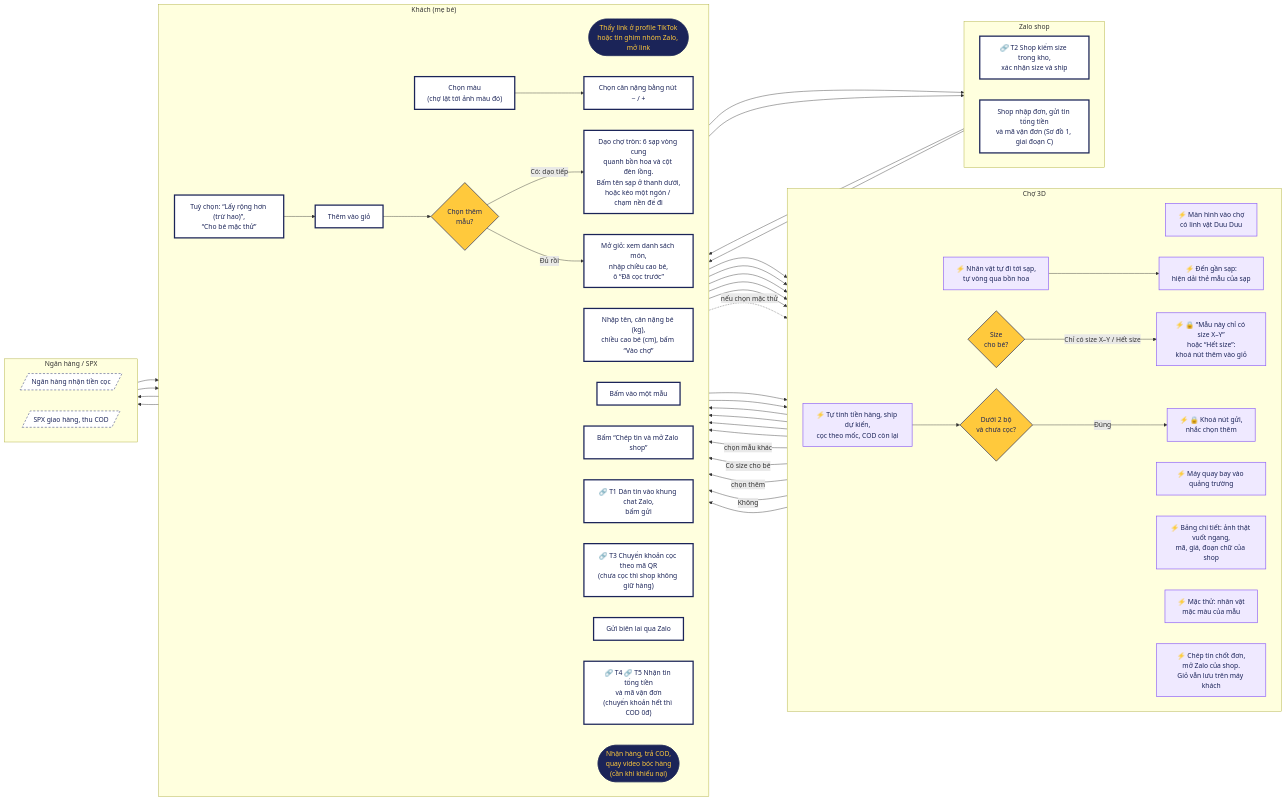
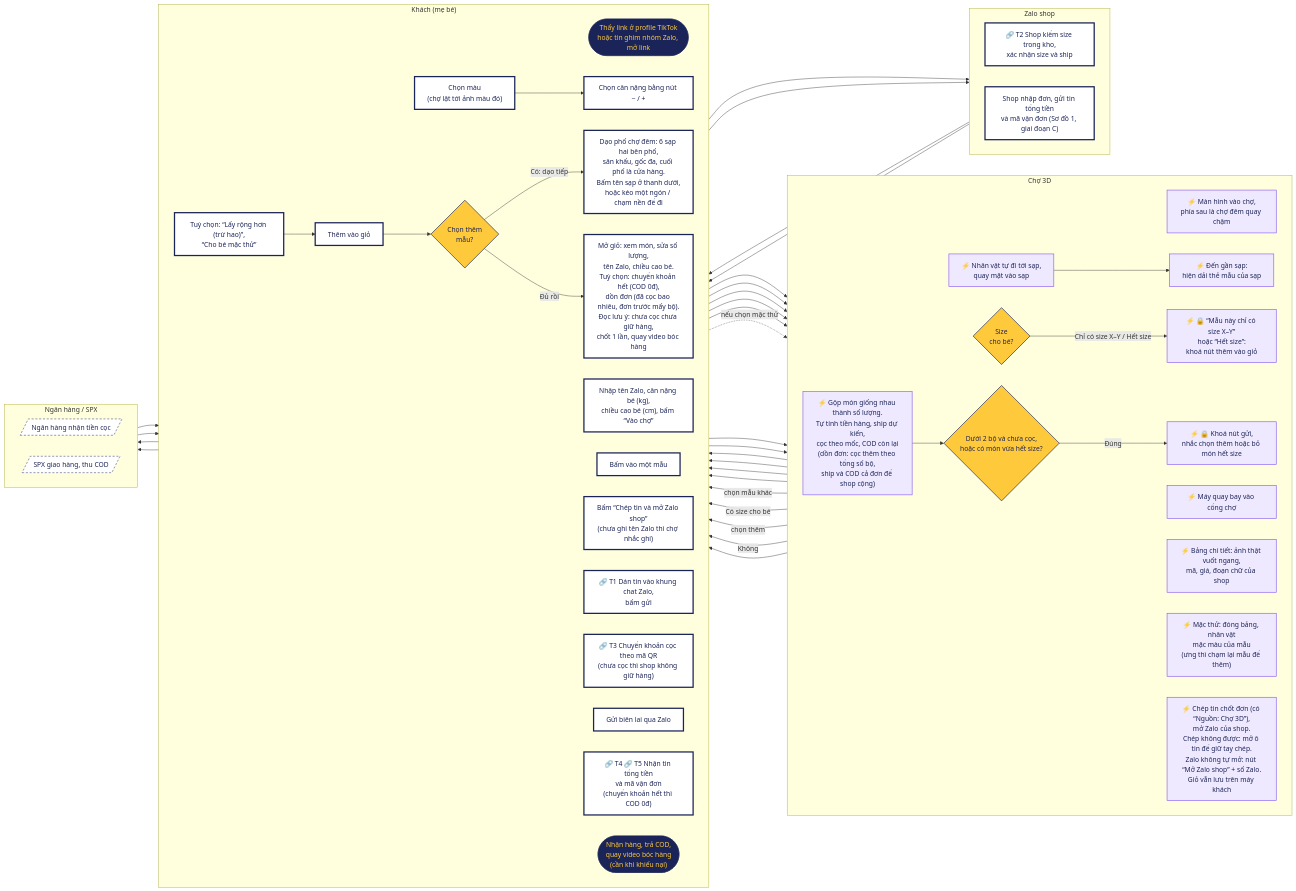
One commit to vquangtran/3d-duu-duu changed the diagram in docs/quy-trinh/so-do-2-khach-cho-3d.mmd. Above: the diagram before and after it, drawn with Mermaid. The commit also changed 9 other files, not shown here.

```diff
--- a/docs/quy-trinh/so-do-2-khach-cho-3d.mmd
+++ b/docs/quy-trinh/so-do-2-khach-cho-3d.mmd
@@ -1,77 +1,77 @@
 flowchart LR
   %% SƠ ĐỒ 2 — KHÁCH MUA TRÊN CHỢ 3D (từ lúc vào chợ đến khi nhận hàng)
   %% Mỗi subgraph là một làn. Đọc từ trái sang phải.
   %% Ký hiệu: viền đậm = khách làm tay · ⚡ = chợ 3D tự làm · 🔒 = nút bị khoá
   %%          hình bình hành = tin/tiền từ bên ngoài · 🔗 T1–T5 = điểm gặp shop (xem Sơ đồ 3)
 
   classDef tay fill:#FFFFFF,stroke:#1B2458,stroke-width:3px,color:#1B2458
   classDef tudong fill:#EFE9FF,stroke:#8B5CF6,stroke-width:1.5px,color:#1B2458
   classDef quyetdinh fill:#FFC93C,stroke:#1B2458,stroke-width:1.5px,color:#1B2458
   classDef ngoai fill:#FFFFFF,stroke:#5A6190,stroke-width:1.5px,stroke-dasharray:5 4,color:#1B2458
   classDef ketthuc fill:#1B2458,stroke:#1B2458,color:#FFC93C
 
   subgraph K["Khách (mẹ bé)"]
     direction LR
     D1(["Thấy link ở profile TikTok<br/>hoặc tin ghim nhóm Zalo, mở link"])
-    D3["Nhập tên, cân nặng bé (kg),<br/>chiều cao bé (cm), bấm “Vào chợ”"]
-    D5["Dạo chợ tròn: 6 sạp vòng cung<br/>quanh bồn hoa và cột đèn lồng.<br/>Bấm tên sạp ở thanh dưới,<br/>hoặc kéo một ngón / chạm nền để đi"]
+    D3["Nhập tên Zalo, cân nặng bé (kg),<br/>chiều cao bé (cm), bấm “Vào chợ”"]
+    D5["Dạo phố chợ đêm: 6 sạp hai bên phố,<br/>sân khấu, gốc đa, cuối phố là cửa hàng.<br/>Bấm tên sạp ở thanh dưới,<br/>hoặc kéo một ngón / chạm nền để đi"]
     D8["Bấm vào một mẫu"]
     D10["Chọn màu<br/>(chợ lật tới ảnh màu đó)"]
     D11["Chọn cân nặng bằng nút − / +"]
     D14["Tuỳ chọn: “Lấy rộng hơn (trừ hao)”,<br/>“Cho bé mặc thử”"]
     D16["Thêm vào giỏ"]
     D17{"Chọn thêm<br/>mẫu?"}
-    D18["Mở giỏ: xem danh sách món,<br/>nhập chiều cao bé,<br/>ô “Đã cọc trước”"]
-    D22["Bấm “Chép tin và mở Zalo shop”"]
+    D18["Mở giỏ: xem món, sửa số lượng,<br/>tên Zalo, chiều cao bé.<br/>Tuỳ chọn: chuyển khoản hết (COD 0đ),<br/>dồn đơn (đã cọc bao nhiêu, đơn trước mấy bộ).<br/>Đọc lưu ý: chưa cọc chưa giữ hàng,<br/>chốt 1 lần, quay video bóc hàng"]
+    D22["Bấm “Chép tin và mở Zalo shop”<br/>(chưa ghi tên Zalo thì chợ nhắc ghi)"]
     D24["🔗 T1 Dán tin vào khung chat Zalo,<br/>bấm gửi"]
     D26["🔗 T3 Chuyển khoản cọc theo mã QR<br/>(chưa cọc thì shop không giữ hàng)"]
     D28["Gửi biên lai qua Zalo"]
     D30["🔗 T4 🔗 T5 Nhận tin tổng tiền<br/>và mã vận đơn<br/>(chuyển khoản hết thì COD 0đ)"]
     D32(["Nhận hàng, trả COD,<br/>quay video bóc hàng<br/>(cần khi khiếu nại)"])
   end
 
   subgraph C["Chợ 3D"]
     direction LR
-    D2["⚡ Màn hình vào chợ<br/>có linh vật Duu Duu"]
-    D4["⚡ Máy quay bay vào quảng trường"]
-    D6["⚡ Nhân vật tự đi tới sạp,<br/>tự vòng qua bồn hoa"]
+    D2["⚡ Màn hình vào chợ,<br/>phía sau là chợ đêm quay chậm"]
+    D4["⚡ Máy quay bay vào cổng chợ"]
+    D6["⚡ Nhân vật tự đi tới sạp,<br/>quay mặt vào sạp"]
     D7["⚡ Đến gần sạp:<br/>hiện dải thẻ mẫu của sạp"]
     D9["⚡ Bảng chi tiết: ảnh thật vuốt ngang,<br/>mã, giá, đoạn chữ của shop"]
     D12{"Size<br/>cho bé?"}
     D13["⚡ 🔒 “Mẫu này chỉ có size X–Y”<br/>hoặc “Hết size”:<br/>khoá nút thêm vào giỏ"]
-    D15["⚡ Mặc thử: nhân vật<br/>mặc màu của mẫu"]
-    D19["⚡ Tự tính tiền hàng, ship dự kiến,<br/>cọc theo mốc, COD còn lại"]
-    D20{"Dưới 2 bộ<br/>và chưa cọc?"}
-    D21["⚡ 🔒 Khoá nút gửi,<br/>nhắc chọn thêm"]
-    D23["⚡ Chép tin chốt đơn,<br/>mở Zalo của shop.<br/>Giỏ vẫn lưu trên máy khách"]
+    D15["⚡ Mặc thử: đóng bảng, nhân vật<br/>mặc màu của mẫu<br/>(ưng thì chạm lại mẫu để thêm)"]
+    D19["⚡ Gộp món giống nhau thành số lượng.<br/>Tự tính tiền hàng, ship dự kiến,<br/>cọc theo mốc, COD còn lại<br/>(dồn đơn: cọc thêm theo tổng số bộ,<br/>ship và COD cả đơn để shop cộng)"]
+    D20{"Dưới 2 bộ và chưa cọc,<br/>hoặc có món vừa hết size?"}
+    D21["⚡ 🔒 Khoá nút gửi,<br/>nhắc chọn thêm hoặc bỏ món hết size"]
+    D23["⚡ Chép tin chốt đơn (có “Nguồn: Chợ 3D”),<br/>mở Zalo của shop.<br/>Chép không được: mở ô tin để giữ tay chép.<br/>Zalo không tự mở: nút “Mở Zalo shop” + số Zalo.<br/>Giỏ vẫn lưu trên máy khách"]
   end
 
   subgraph Z["Zalo shop"]
     direction LR
     D25["🔗 T2 Shop kiểm size trong kho,<br/>xác nhận size và ship"]
     D29["Shop nhập đơn, gửi tin tổng tiền<br/>và mã vận đơn (Sơ đồ 1, giai đoạn C)"]
   end
 
   subgraph B["Ngân hàng / SPX"]
     direction LR
     D27[/"Ngân hàng nhận tiền cọc"/]
     D31[/"SPX giao hàng, thu COD"/]
   end
 
   D1 --> D2 --> D3 --> D4 --> D5 --> D6 --> D7 --> D8 --> D9 --> D10 --> D11 --> D12
   D12 -->|Chỉ có size X–Y / Hết size| D13
   D13 -->|chọn mẫu khác| D8
   D12 -->|Có size cho bé| D14
   D14 -. nếu chọn mặc thử .-> D15
   D14 --> D16 --> D17
   D17 -->|Có: dạo tiếp| D5
   D17 -->|Đủ rồi| D18 --> D19 --> D20
   D20 -->|Đúng| D21
   D21 -->|chọn thêm| D5
   D20 -->|Không| D22 --> D23 --> D24 --> D25 --> D26 --> D27 --> D28 --> D29 --> D30 --> D31 --> D32
 
   class D3,D5,D8,D10,D11,D14,D16,D18,D22,D24,D26,D28,D30,D25,D29 tay
   class D2,D4,D6,D7,D9,D13,D15,D19,D21,D23 tudong
   class D12,D17,D20 quyetdinh
   class D27,D31 ngoai
   class D1,D32 ketthuc
```
